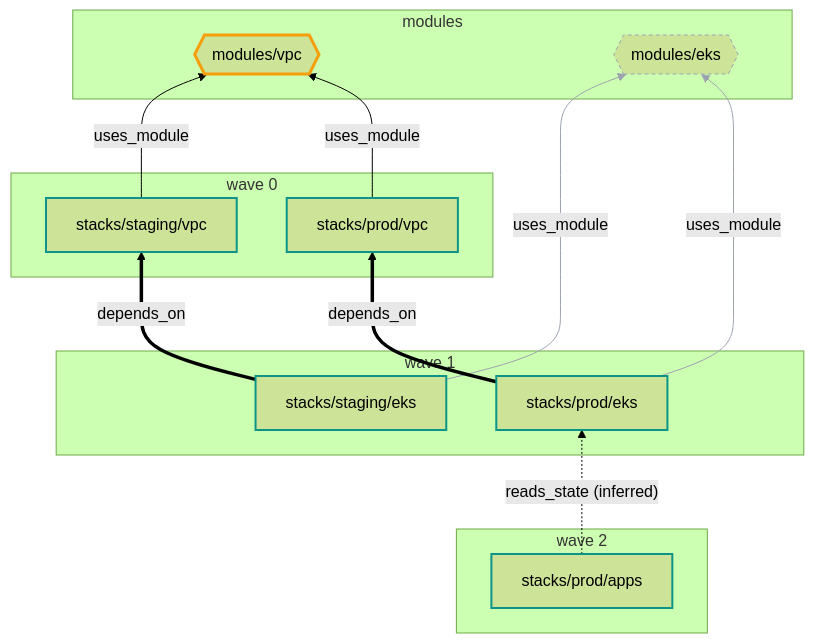
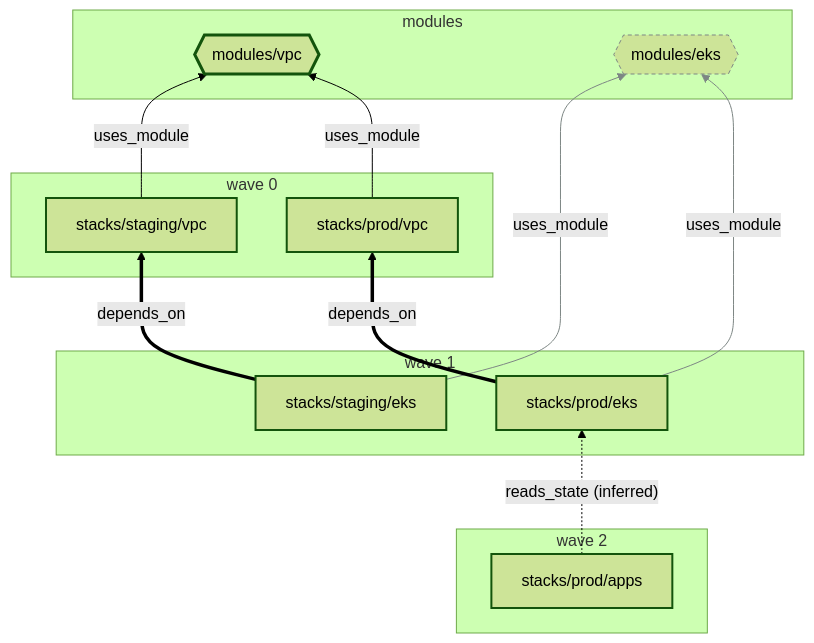
Before and after one commit to stackorder/stackorder: the third of 4 diagrams in docs/design/index.md, drawn with Mermaid (forest theme). The commit also changed 2 other files, not shown here.

Commit message:
docs(site): recolour the example graph from teal and amber to the brand
The changed module takes the accent colour from the theme, Clay in light
mode and Terracotta in dark, through a stylesheet rule on its class. The
affected stacks keep the default ink outline at 2px, and the untouched
module and its edges use neutral-500, which holds 3:1 on both page
backgrounds.

````diff
--- a/docs/design/index.md
+++ b/docs/design/index.md
@@ -200,32 +200,32 @@
 ```mermaid
 flowchart BT
   subgraph mods ["modules"]
     mvpc{{"modules/vpc"}}
     meks{{"modules/eks"}}
   end
   subgraph w0 ["wave 0"]
     svpc["stacks/staging/vpc"]
     pvpc["stacks/prod/vpc"]
   end
   subgraph w1 ["wave 1"]
     seks["stacks/staging/eks"]
     peks["stacks/prod/eks"]
   end
   subgraph w2 ["wave 2"]
     papps["stacks/prod/apps"]
   end
   svpc -->|uses_module| mvpc
   pvpc -->|uses_module| mvpc
   seks -->|uses_module| meks
   peks -->|uses_module| meks
   seks ==>|depends_on| svpc
   peks ==>|depends_on| pvpc
   papps -. "reads_state (inferred)" .-> peks
-  classDef changed stroke:#f59e0b,stroke-width:3px
-  classDef affected stroke:#0d9488,stroke-width:2px
-  classDef untouched stroke:#9ca3af,stroke-dasharray:4 3
+  classDef changed stroke-width:3px
+  classDef affected stroke-width:2px
+  classDef untouched stroke:#7d8684,stroke-dasharray:4 3
   class mvpc changed
   class svpc,pvpc,seks,peks,papps affected
   class meks untouched
-  linkStyle 2,3 stroke:#9ca3af
+  linkStyle 2,3 stroke:#7d8684
 ```
````
